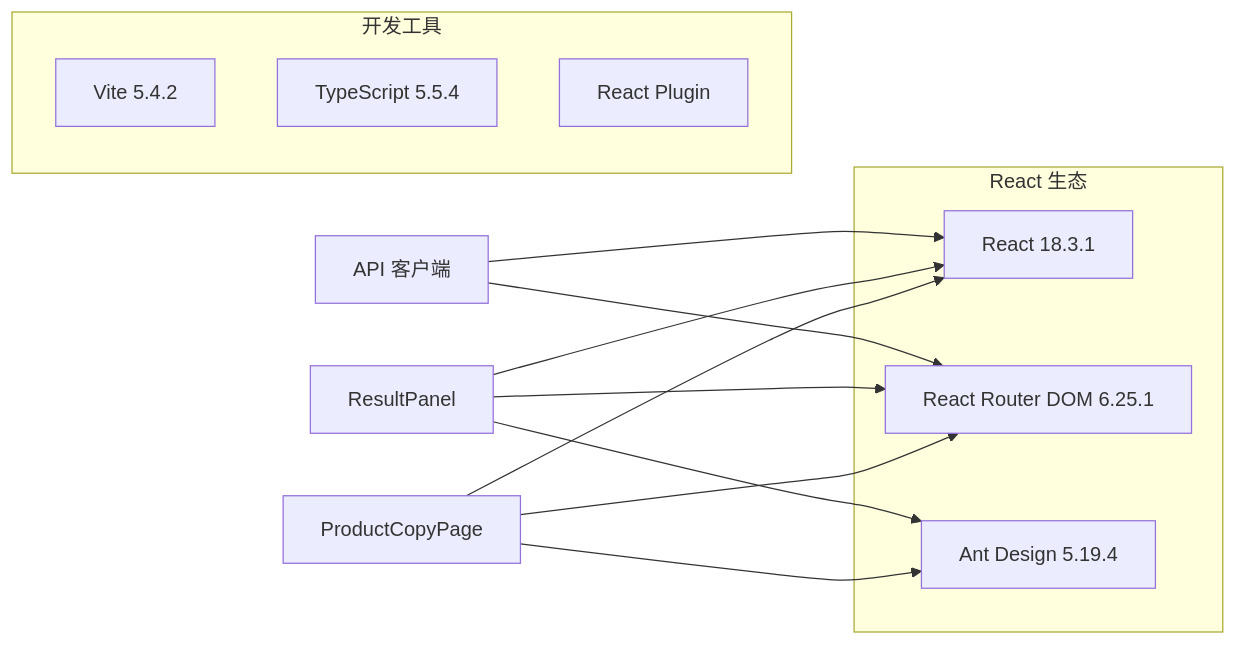
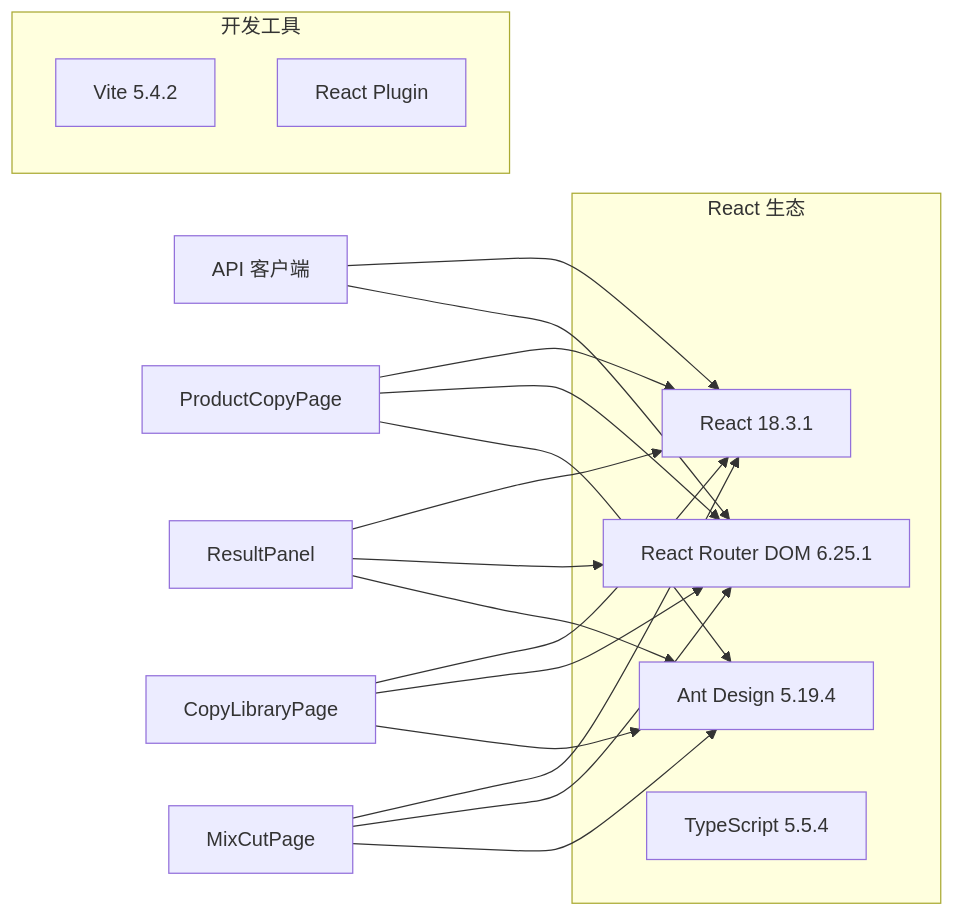
Before and after one commit to hanksd769-droid/sailshub: the seventh of 8 diagrams in .qoder/repowiki/zh/content/Product Copy Page.md, drawn with Mermaid. The commit also changed other lines of this file and 6 other files, not shown here.

````diff
--- a/.qoder/repowiki/zh/content/Product Copy Page.md
+++ b/.qoder/repowiki/zh/content/Product Copy Page.md
@@ -288,21 +412,27 @@
 ```mermaid
 graph LR
 subgraph "React 生态"
 A[React 18.3.1]
 B[React Router DOM 6.25.1]
 C[Ant Design 5.19.4]
+D[TypeScript 5.5.4]
 end
 subgraph "开发工具"
-D[Vite 5.4.2]
-E[TypeScript 5.5.4]
+E[Vite 5.4.2]
 F[React Plugin]
 end
 G[ProductCopyPage] --> A
 G --> B
 G --> C
 H[ResultPanel] --> A
 H --> B
 H --> C
 I[API 客户端] --> A
 I --> B
+J[CopyLibraryPage] --> A
+J --> B
+J --> C
+K[MixCutPage] --> A
+K --> B
+K --> C
 ```
````
